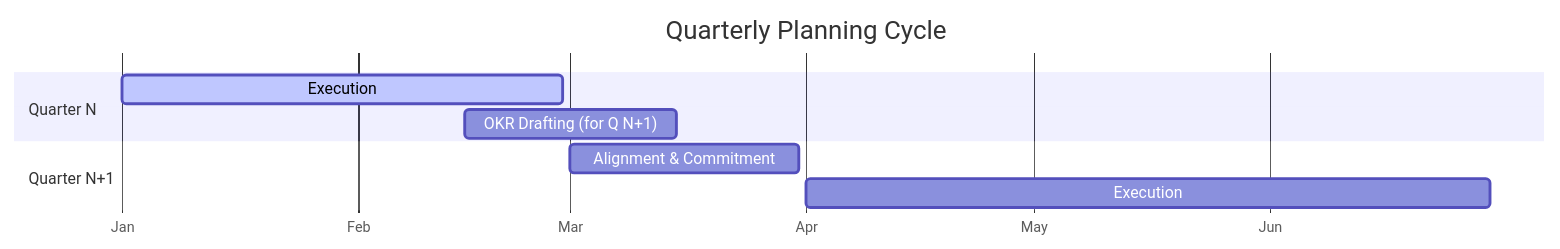
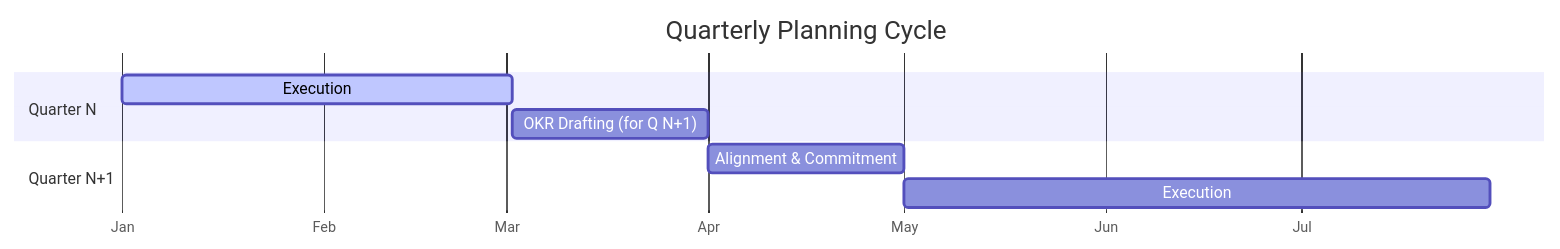
Before and after one commit to rishikeshdhokare/platform-manifesto: the first of 5 diagrams in 07-ways-of-working/10-product-operations.md, drawn with Mermaid. The commit also changed 4 other files, not shown here.

First line of the commit message:
fix: genericize company-specific timelines across manifesto

````diff
--- a/07-ways-of-working/10-product-operations.md
+++ b/07-ways-of-working/10-product-operations.md
@@ -27,14 +27,14 @@
 ```mermaid
 gantt
     title Quarterly Planning Cycle
     dateFormat YYYY-MM-DD
     axisFormat %b
 
     section Quarter N
-    Execution                    :active, exec, 2026-01-01, 2026-02-28
-    OKR Drafting (for Q N+1)     :draft, 2026-02-15, 2026-03-15
+    Execution                    :active, exec, 2025-01-01, 60d
+    OKR Drafting (for Q N+1)     :draft, after exec, 30d
 
     section Quarter N+1
-    Alignment & Commitment       :align, 2026-03-01, 2026-03-31
-    Execution                    :exec2, 2026-04-01, 2026-06-30
+    Alignment & Commitment       :align, after draft, 30d
+    Execution                    :exec2, after align, 90d
 ```
````
